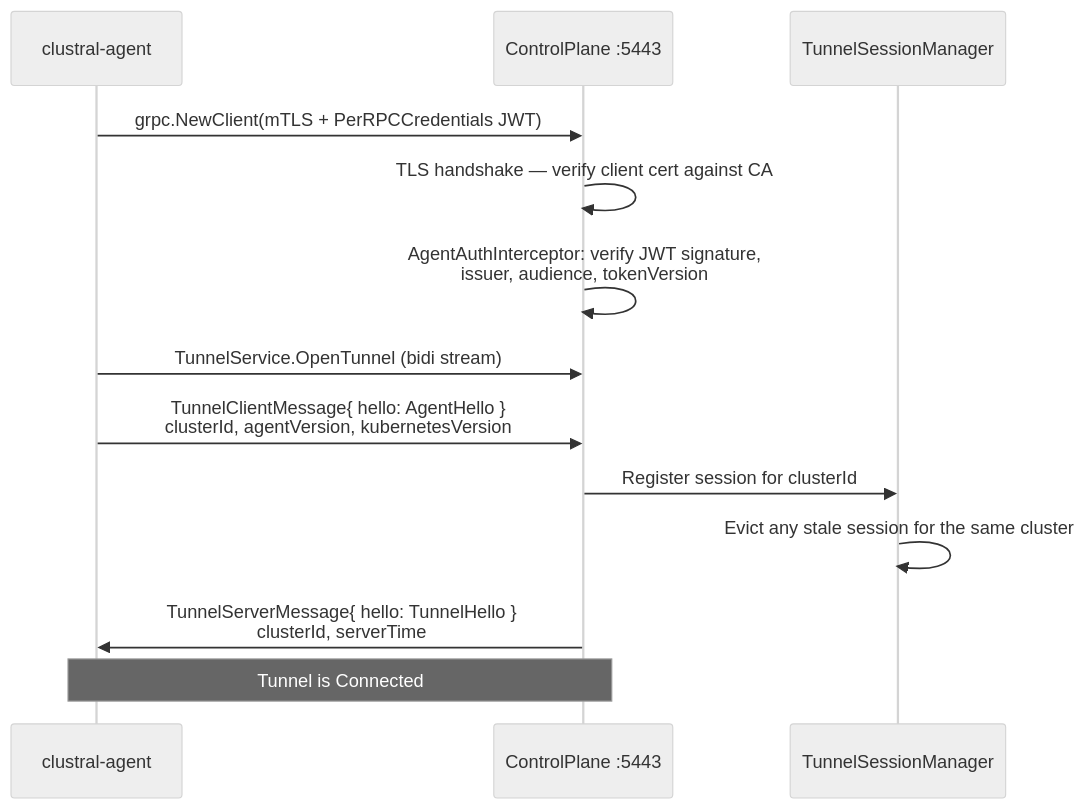
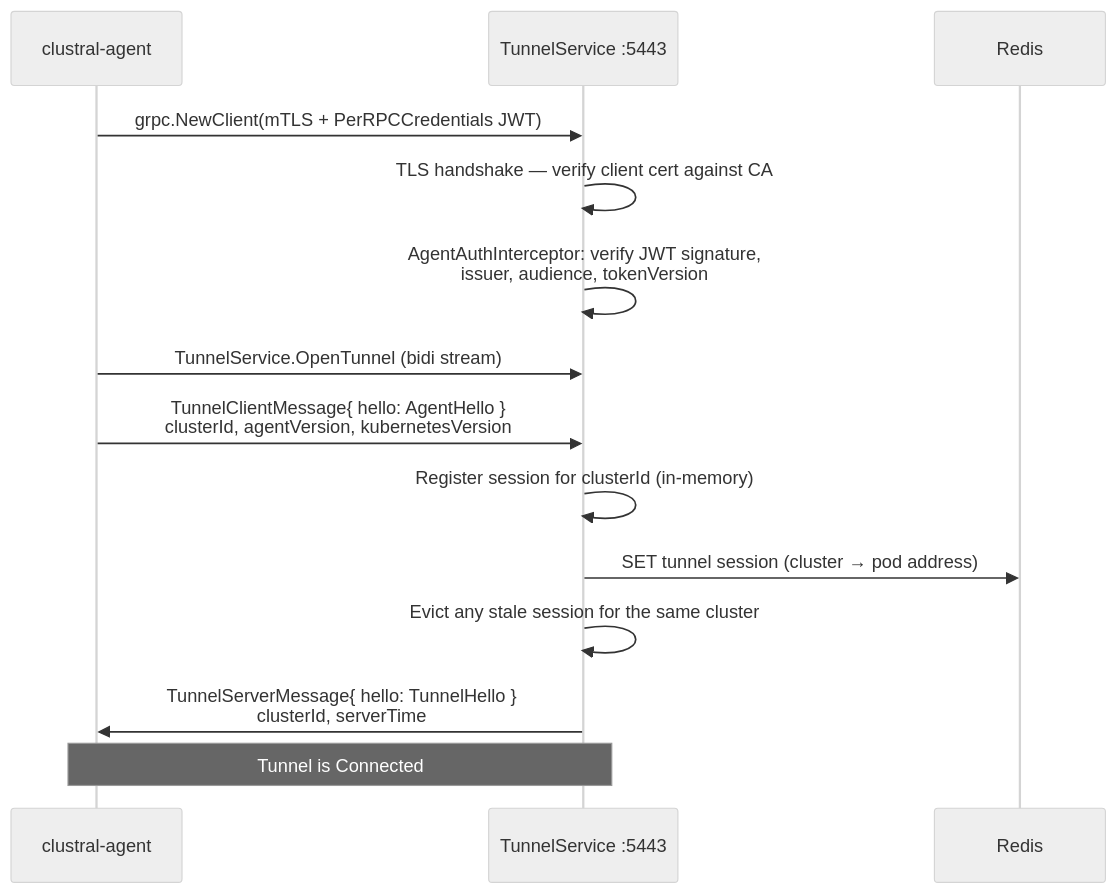
One commit to Clustral/clustral changed the third of 4 diagrams in docs-site/architecture/tunnel-lifecycle.md. Above: the diagram before and after it, drawn with Mermaid (neutral theme). The commit also changed other lines of this file and 10 other files, not shown here.

First line of the commit message:
docs: update all diagrams + docs for TunnelService split (#4)

````diff
--- a/docs-site/architecture/tunnel-lifecycle.md
+++ b/docs-site/architecture/tunnel-lifecycle.md
@@ -59,16 +59,17 @@
 ```mermaid
 sequenceDiagram
     participant A as clustral-agent
-    participant CP as ControlPlane :5443
-    participant TSM as TunnelSessionManager
+    participant TS as TunnelService :5443
+    participant REDIS as Redis
 
-    A->>CP: grpc.NewClient(mTLS + PerRPCCredentials JWT)
-    CP->>CP: TLS handshake — verify client cert against CA
-    CP->>CP: AgentAuthInterceptor: verify JWT signature,<br/>issuer, audience, tokenVersion
-    A->>CP: TunnelService.OpenTunnel (bidi stream)
-    A->>CP: TunnelClientMessage{ hello: AgentHello }<br/>clusterId, agentVersion, kubernetesVersion
-    CP->>TSM: Register session for clusterId
-    TSM->>TSM: Evict any stale session for the same cluster
-    CP->>A: TunnelServerMessage{ hello: TunnelHello }<br/>clusterId, serverTime
-    Note over A,CP: Tunnel is Connected
+    A->>TS: grpc.NewClient(mTLS + PerRPCCredentials JWT)
+    TS->>TS: TLS handshake — verify client cert against CA
+    TS->>TS: AgentAuthInterceptor: verify JWT signature,<br/>issuer, audience, tokenVersion
+    A->>TS: TunnelService.OpenTunnel (bidi stream)
+    A->>TS: TunnelClientMessage{ hello: AgentHello }<br/>clusterId, agentVersion, kubernetesVersion
+    TS->>TS: Register session for clusterId (in-memory)
+    TS->>REDIS: SET tunnel session (cluster → pod address)
+    TS->>TS: Evict any stale session for the same cluster
+    TS->>A: TunnelServerMessage{ hello: TunnelHello }<br/>clusterId, serverTime
+    Note over A,TS: Tunnel is Connected
 ```
````
